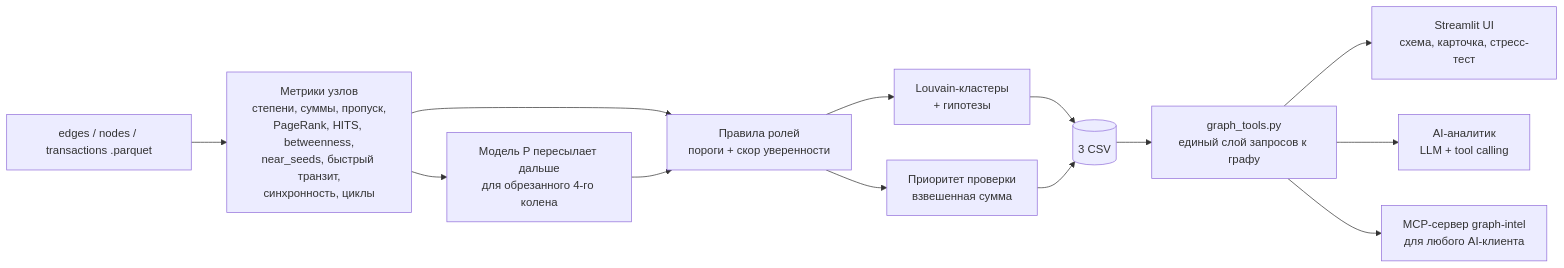
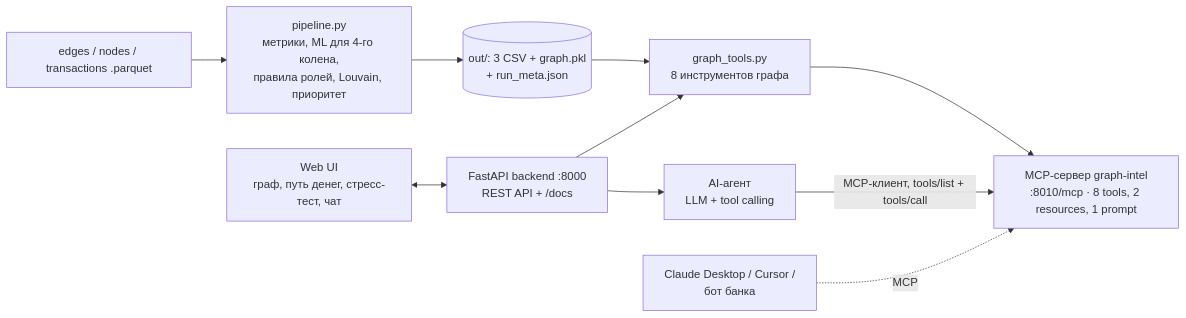
One commit to BAITC-Hacks/hack-4db729d3-sco-alasha changed the diagram in README.md. Above: the diagram before and after it, drawn with Mermaid. The commit also changed other lines of this file and 20 other files, not shown here.

Commit message:
feat: web app + AI agent via MCP; tests, docker, solution scheme

````diff
--- a/README.md
+++ b/README.md
@@ -54,15 +59,12 @@
 ```mermaid
 flowchart LR
-    A[edges / nodes / transactions .parquet] --> B[Метрики узлов<br/>степени, суммы, пропуск,<br/>PageRank, HITS, betweenness,<br/>near_seeds, быстрый транзит,<br/>синхронность, циклы]
-    B --> C[Модель P пересылает дальше<br/>для обрезанного 4-го колена]
-    B --> D[Правила ролей<br/>пороги + скор уверенности]
-    C --> D
-    D --> E[Louvain-кластеры<br/>+ гипотезы]
-    D --> F[Приоритет проверки<br/>взвешенная сумма]
-    E --> G[(3 CSV)]
-    F --> G
-    G --> H[graph_tools.py<br/>единый слой запросов к графу]
-    H --> I[Streamlit UI<br/>схема, карточка, стресс-тест]
-    H --> J[AI-аналитик<br/>LLM + tool calling]
-    H --> K[MCP-сервер graph-intel<br/>для любого AI-клиента]
+    A[edges / nodes / transactions .parquet] --> B[pipeline.py<br/>метрики, ML для 4-го колена,<br/>правила ролей, Louvain, приоритет]
+    B --> C[(out/: 3 CSV + graph.pkl<br/>+ run_meta.json)]
+    C --> T[graph_tools.py<br/>8 инструментов графа]
+    T --> M[MCP-сервер graph-intel<br/>:8010/mcp · 8 tools, 2 resources, 1 prompt]
+    W[Web UI<br/>граф, путь денег, стресс-тест, чат] <--> S[FastAPI backend :8000<br/>REST API + /docs]
+    S --> T
+    S --> AG[AI-агент<br/>LLM + tool calling]
+    AG -- MCP-клиент, tools/list + tools/call --> M
+    X[Claude Desktop / Cursor /<br/>бот банка] -. MCP .-> M
 ```
````
